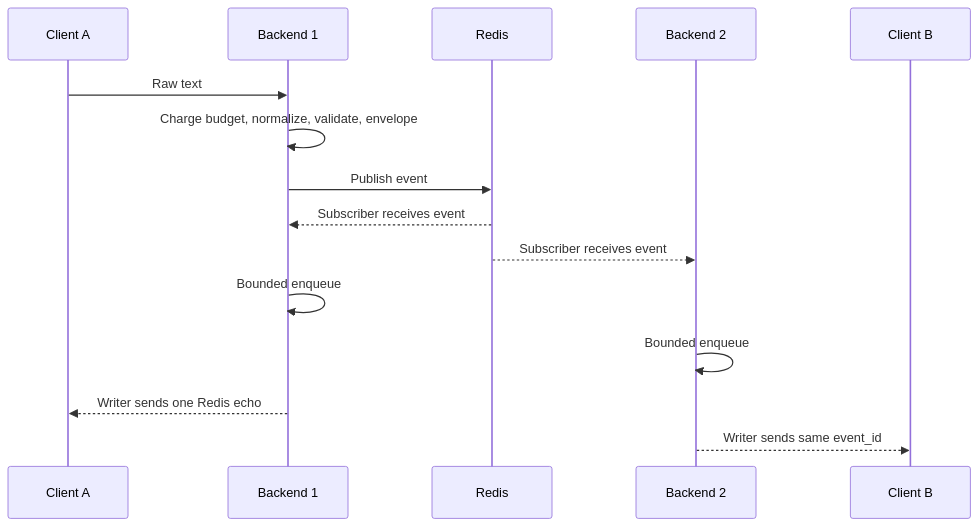
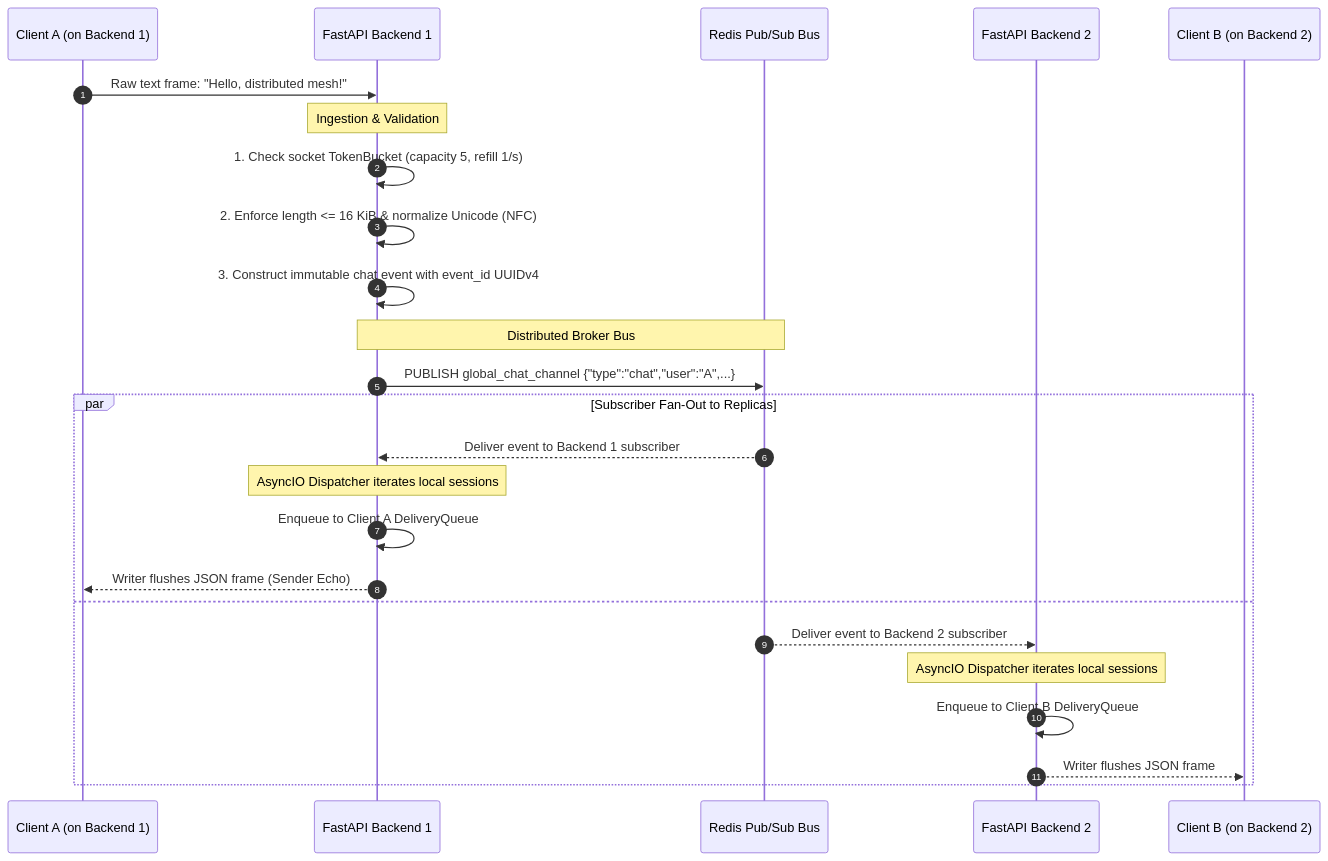
One commit to pawankgandhi15/Chat_App changed the second of 7 diagrams in docs/design/SEQUENCE_DIAGRAMS.md. Above: the diagram before and after it, drawn with Mermaid. The commit also changed other lines of this file and 11 other files, not shown here.

Commit message:
docs(design): upgrade architecture specifications, sequence flows, and templates to Revision 5

````diff
--- a/docs/design/SEQUENCE_DIAGRAMS.md
+++ b/docs/design/SEQUENCE_DIAGRAMS.md
@@ -36,17 +57,30 @@
 ```mermaid
 sequenceDiagram
-    participant A as Client A
-    participant B1 as Backend 1
-    participant R as Redis
-    participant B2 as Backend 2
-    participant B as Client B
-    A->>B1: Raw text
-    B1->>B1: Charge budget, normalize, validate, envelope
-    B1->>R: Publish event
-    R-->>B1: Subscriber receives event
-    R-->>B2: Subscriber receives event
-    B1->>B1: Bounded enqueue
-    B2->>B2: Bounded enqueue
-    B1-->>A: Writer sends one Redis echo
-    B2-->>B: Writer sends same event_id
+    autonumber
+    participant A as Client A (on Backend 1)
+    participant B1 as FastAPI Backend 1
+    participant R as Redis Pub/Sub Bus
+    participant B2 as FastAPI Backend 2
+    participant B as Client B (on Backend 2)
+
+    A->>B1: Raw text frame: "Hello, distributed mesh!"
+    Note over B1: Ingestion & Validation
+    B1->>B1: 1. Check socket TokenBucket (capacity 5, refill 1/s)
+    B1->>B1: 2. Enforce length <= 16 KiB & normalize Unicode (NFC)
+    B1->>B1: 3. Construct immutable chat event with event_id UUIDv4
+    
+    Note over B1,R: Distributed Broker Bus
+    B1->>R: PUBLISH global_chat_channel {"type":"chat","user":"A",...}
+    
+    par Subscriber Fan-Out to Replicas
+        R-->>B1: Deliver event to Backend 1 subscriber
+        Note over B1: AsyncIO Dispatcher iterates local sessions
+        B1->>B1: Enqueue to Client A DeliveryQueue
+        B1-->>A: Writer flushes JSON frame (Sender Echo)
+    and
+        R-->>B2: Deliver event to Backend 2 subscriber
+        Note over B2: AsyncIO Dispatcher iterates local sessions
+        B2->>B2: Enqueue to Client B DeliveryQueue
+        B2-->>B: Writer flushes JSON frame
+    end
 ```
````
